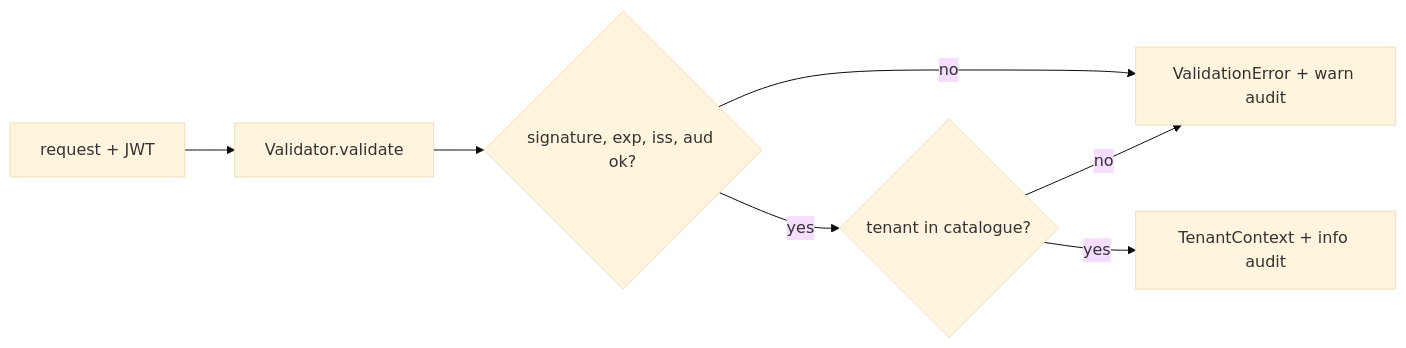
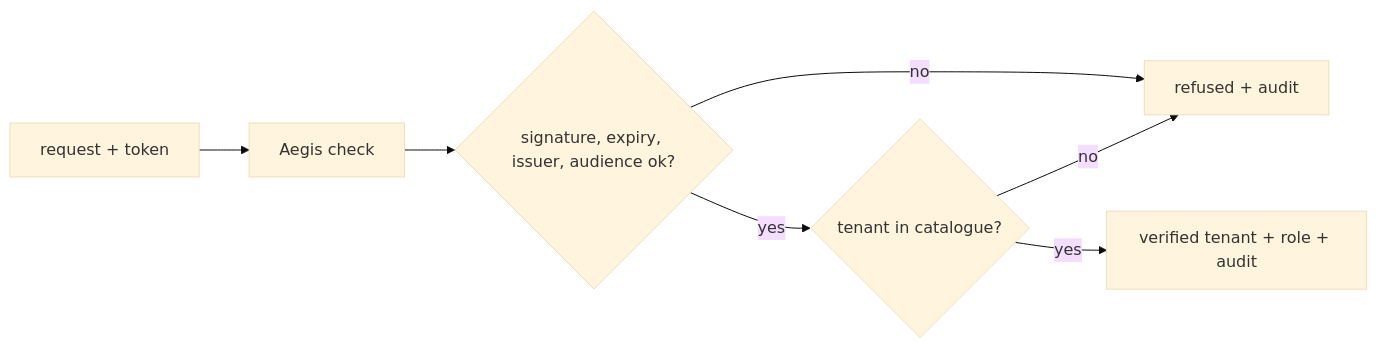
Before and after one commit to andrealaforgia/kaleidoscope-site: the diagram in src/content/docs/components/aegis.md, drawn with Mermaid (base theme). The commit also changed other lines of this file and 23 other files, not shown here.

````diff
--- a/src/content/docs/components/aegis.md
+++ b/src/content/docs/components/aegis.md
@@ -25,9 +25,9 @@
 ```mermaid
 flowchart LR
- R[request + JWT] --> V[Validator.validate]
- V --> Sig{signature, exp, iss, aud ok?}
- Sig -->|no| E[ValidationError + warn audit]
- Sig -->|yes| Cat{tenant in catalogue?}
- Cat -->|no| E
- Cat -->|yes| C[TenantContext + info audit]
+    R[request + token] --> V[Aegis check]
+    V --> Sig{signature, expiry, issuer, audience ok?}
+    Sig -->|no| E[refused + audit]
+    Sig -->|yes| Cat{tenant in catalogue?}
+    Cat -->|no| E
+    Cat -->|yes| C[verified tenant + role + audit]
 ```
````
